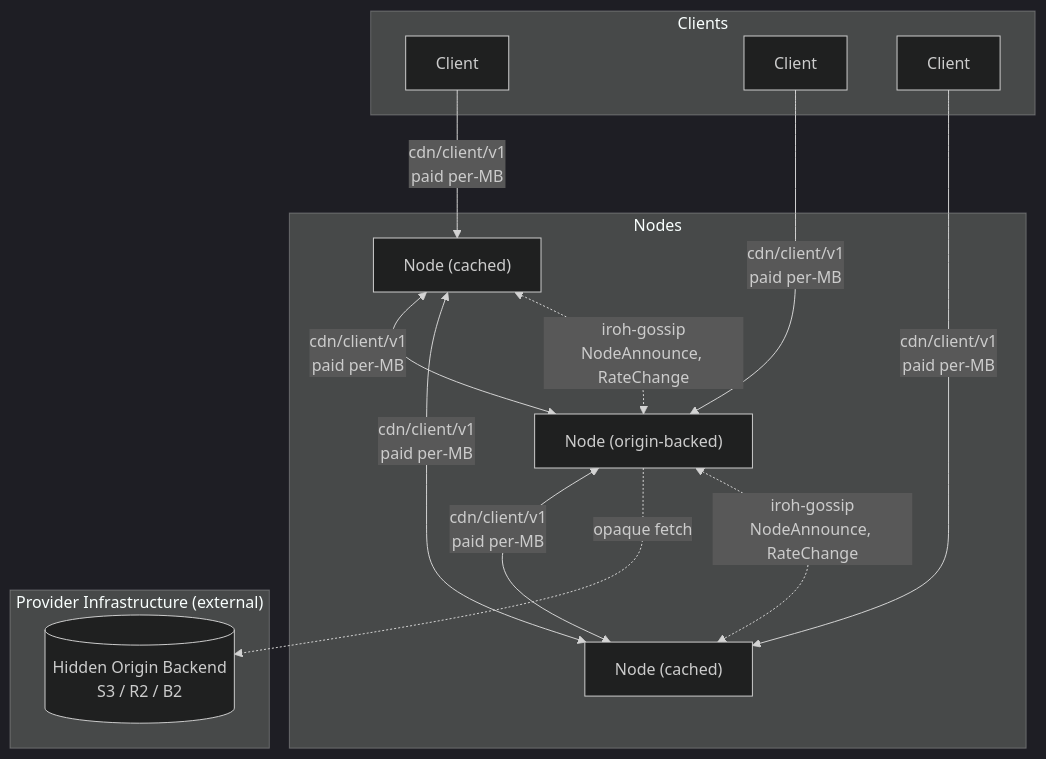
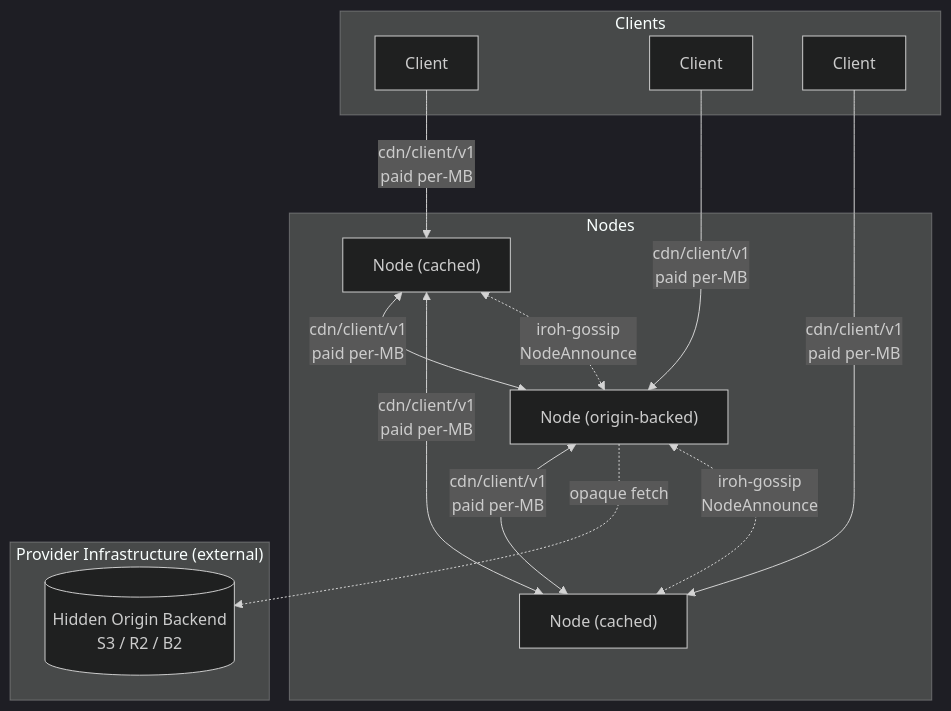
Before and after one commit to decdn/decdn: the first of 3 diagrams in adr/architecture.md, drawn with Mermaid (dark theme). The commit also changed other lines of this file and 8 other files, not shown here.

First line of the commit message:
docs(adr): drop RateChange gossip; rate manipulation becomes immediate slash (#357)

````diff
--- a/adr/architecture.md
+++ b/adr/architecture.md
@@ -21,31 +21,31 @@
 ```mermaid
 graph TD
     subgraph Nodes
         N1["Node (cached)"]
         N2["Node (origin-backed)"]
         N3["Node (cached)"]
     end
 
     subgraph Clients
         C1[Client]
         C2[Client]
         C3[Client]
     end
 
     subgraph "Provider Infrastructure (external)"
         S3[("Hidden Origin Backend<br/>S3 / R2 / B2")]
     end
 
     N1 <-->|"cdn/client/v1<br/>paid per-MB"| N2
     N2 <-->|"cdn/client/v1<br/>paid per-MB"| N3
     N1 <-->|"cdn/client/v1<br/>paid per-MB"| N3
 
     C1 -->|"cdn/client/v1<br/>paid per-MB"| N1
     C2 -->|"cdn/client/v1<br/>paid per-MB"| N2
     C3 -->|"cdn/client/v1<br/>paid per-MB"| N3
 
     N2 -.->|opaque fetch| S3
 
-    N1 <-.->|"iroh-gossip<br/>NodeAnnounce, RateChange"| N2
-    N2 <-.->|"iroh-gossip<br/>NodeAnnounce, RateChange"| N3
+    N1 <-.->|"iroh-gossip<br/>NodeAnnounce"| N2
+    N2 <-.->|"iroh-gossip<br/>NodeAnnounce"| N3
 ```
````
